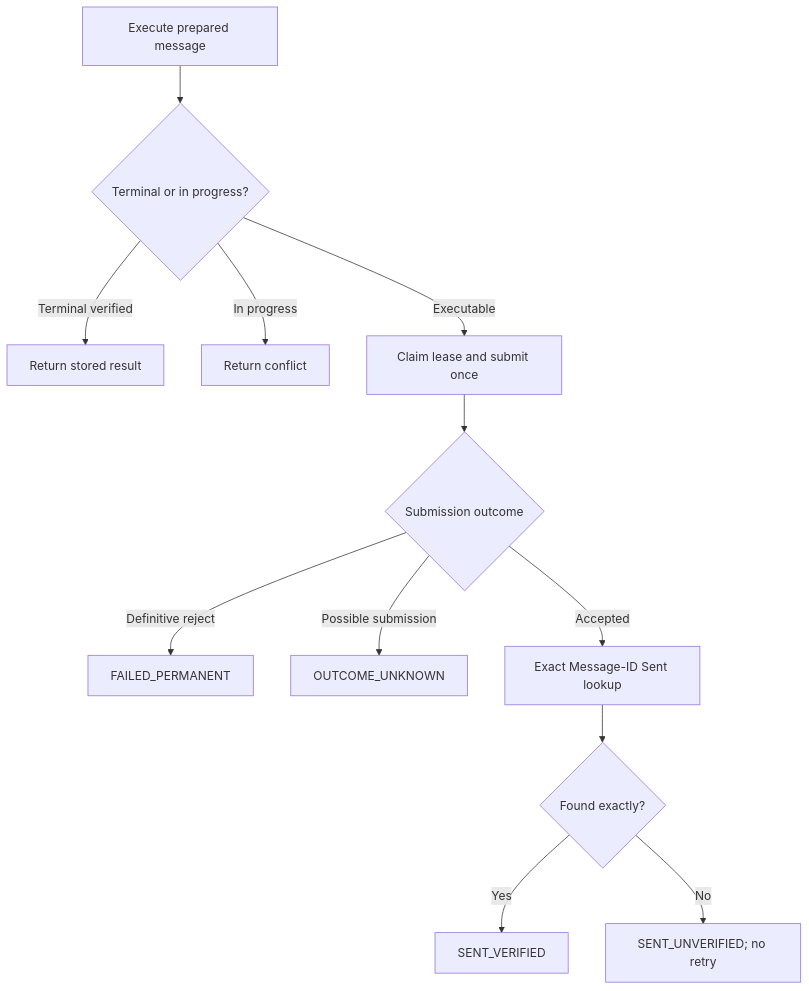
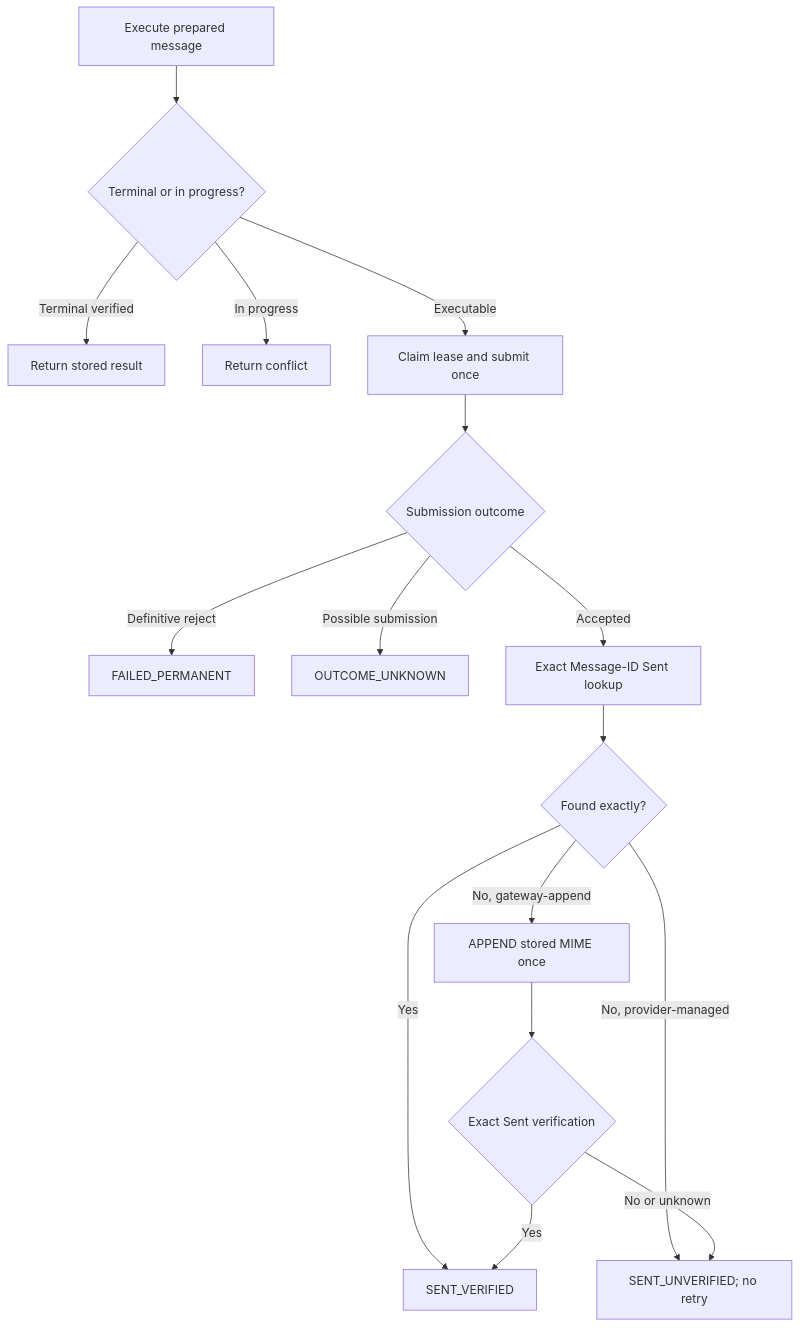
Before and after one commit to ElRoscaoJr/hermes-mail-gateway: the diagram in docs/flows/execute-send.md, drawn with Mermaid. The commit also changed other lines of this file and 15 other files, not shown here.

````diff
--- a/docs/flows/execute-send.md
+++ b/docs/flows/execute-send.md
@@ -25,14 +27,18 @@
 ```mermaid
 flowchart TD
     A[Execute prepared message] --> B{Terminal or in progress?}
     B -- Terminal verified --> C[Return stored result]
     B -- In progress --> D[Return conflict]
     B -- Executable --> E[Claim lease and submit once]
     E --> F{Submission outcome}
     F -- Definitive reject --> G[FAILED_PERMANENT]
     F -- Possible submission --> H[OUTCOME_UNKNOWN]
     F -- Accepted --> I[Exact Message-ID Sent lookup]
     I --> J{Found exactly?}
     J -- Yes --> K[SENT_VERIFIED]
-    J -- No --> L[SENT_UNVERIFIED; no retry]
+    J -- No, provider-managed --> L[SENT_UNVERIFIED; no retry]
+    J -- No, gateway-append --> M[APPEND stored MIME once]
+    M --> N{Exact Sent verification}
+    N -- Yes --> K
+    N -- No or unknown --> L
 ```
````
